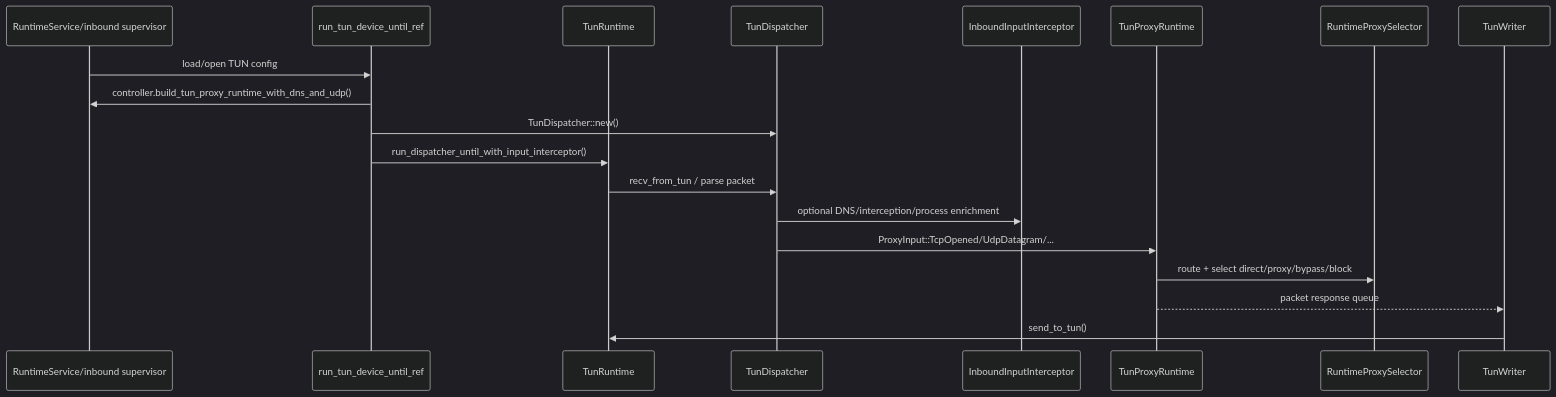
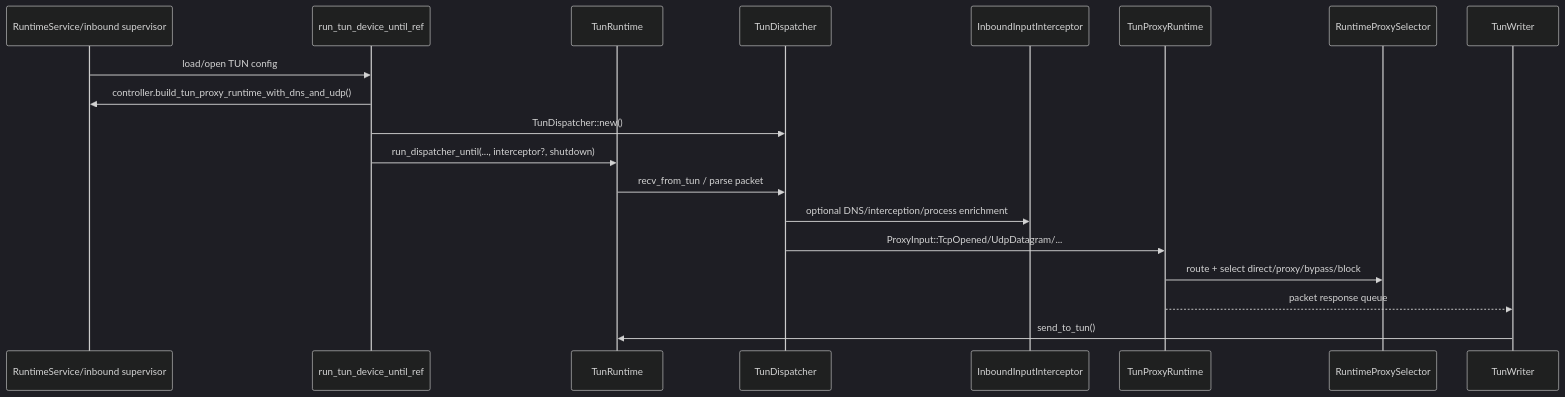
The seventh of 18 diagrams in docs/ARCHITECTURE.md (yuhaiin/doradus), drawn with Mermaid (dark theme) before and after one commit. The commit also changed other lines of this file and 16 other files, not shown here.

````diff
--- a/docs/ARCHITECTURE.md
+++ b/docs/ARCHITECTURE.md
@@ -420,22 +420,22 @@
 ```mermaid
 sequenceDiagram
     participant RS as RuntimeService/inbound supervisor
     participant DP as run_tun_device_until_ref
     participant TR as TunRuntime
     participant TD as TunDispatcher
     participant PI as InboundInputInterceptor
     participant PR as TunProxyRuntime
     participant SEL as RuntimeProxySelector
     participant OUT as TunWriter
 
     RS->>DP: load/open TUN config
     DP->>RS: controller.build_tun_proxy_runtime_with_dns_and_udp()
     DP->>TD: TunDispatcher::new()
-    DP->>TR: run_dispatcher_until_with_input_interceptor()
+    DP->>TR: run_dispatcher_until(..., interceptor?, shutdown)
     TR->>TD: recv_from_tun / parse packet
     TD->>PI: optional DNS/interception/process enrichment
     TD->>PR: ProxyInput::TcpOpened/UdpDatagram/...
     PR->>SEL: route + select direct/proxy/bypass/block
     PR-->>OUT: packet response queue
     OUT->>TR: send_to_tun()
 ```
````
